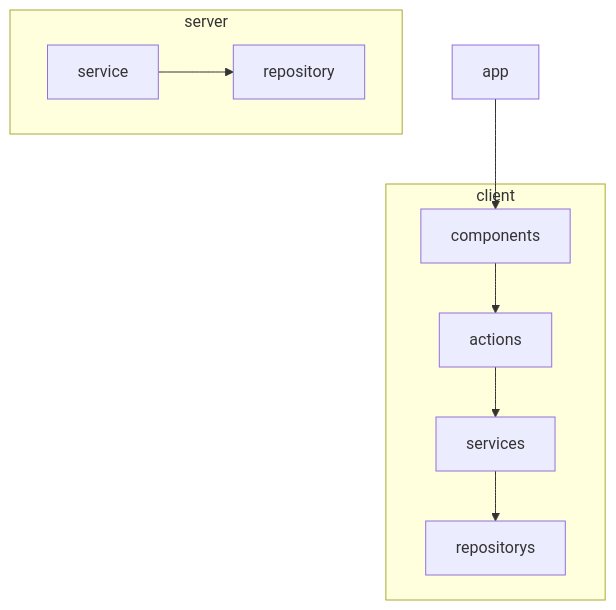
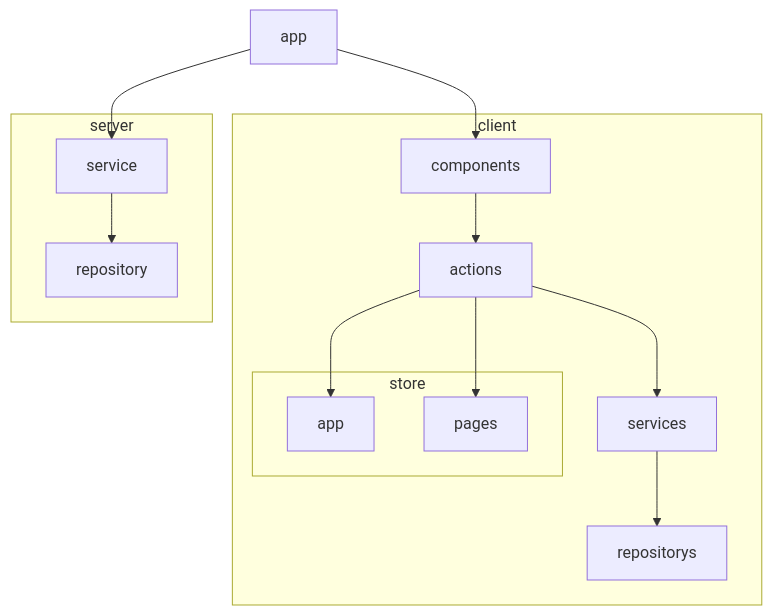
The diagram in doc/dependency.md (jinopapo/api-diff), drawn with Mermaid before and after one commit. The commit also changed 4 other files, not shown here.

````diff
--- a/doc/dependency.md
+++ b/doc/dependency.md
@@ -1,23 +1,30 @@
 ```mermaid
 graph TD
   App[app]
 
   subgraph Client[client]
     CComp[components]
     CAct[actions]
     CSvc[services]
     CRepo[repositorys]
+    subgraph CStore[store]
+      CStoreApp[app]
+      CStorePages[pages]
+    end
   end
 
   subgraph Server[server]
     SSvc[service]
     SRepo[repository]
   end
 
   %% 許可される導線（明示ルール）
   App --> CComp
+  App --> SSvc
   CComp --> CAct
   CAct --> CSvc
   CSvc --> CRepo
+  CAct --> CStoreApp
+  CAct --> CStorePages
   SSvc --> SRepo
 ```
````
